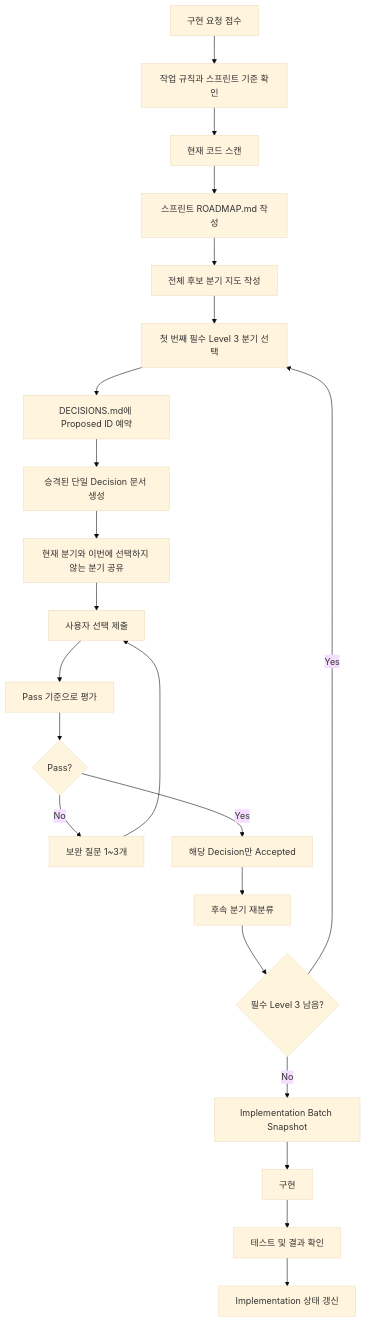
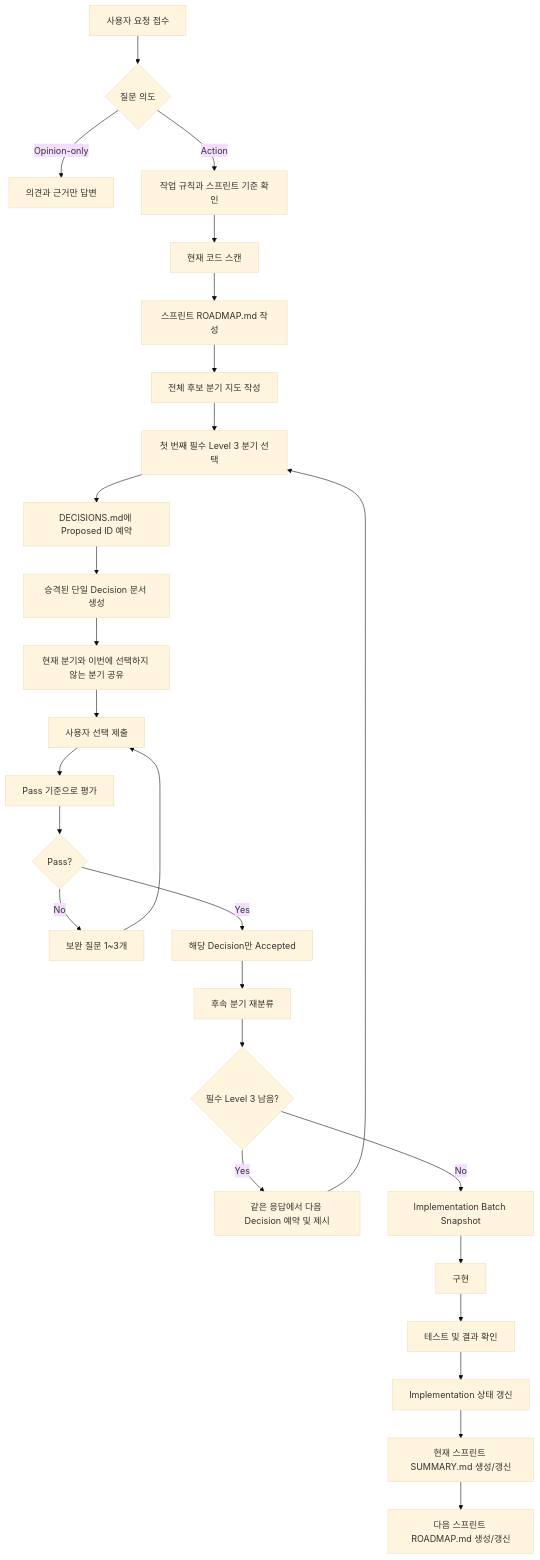
One commit to JUNGLE-TEAM1/W16_team_sprint changed the diagram in docs/decisions/decision-harness-flow.md. Above: the diagram before and after it, drawn with Mermaid (base theme). The commit also changed other lines of this file and 116 other files, not shown here.

````diff
--- a/docs/decisions/decision-harness-flow.md
+++ b/docs/decisions/decision-harness-flow.md
@@ -13,24 +75,29 @@
 ```mermaid
 flowchart TD
-    Start["구현 요청 접수"] --> ReadRules["작업 규칙과 스프린트 기준 확인"]
+    Start["사용자 요청 접수"] --> Intent{"질문 의도"}
+    Intent -->|Opinion-only| Opinion["의견과 근거만 답변"]
+    Intent -->|Action| ReadRules["작업 규칙과 스프린트 기준 확인"]
     ReadRules --> Scan["현재 코드 스캔"]
     Scan --> Roadmap["스프린트 ROADMAP.md 작성"]
     Roadmap --> Map["전체 후보 분기 지도 작성"]
     Map --> PickFirst["첫 번째 필수 Level 3 분기 선택"]
     PickFirst --> Reserve["DECISIONS.md에 Proposed ID 예약"]
     Reserve --> Learning["승격된 단일 Decision 문서 생성"]
     Learning --> Present["현재 분기와 이번에 선택하지 않는 분기 공유"]
     Present --> Choose["사용자 선택 제출"]
     Choose --> Evaluate["Pass 기준으로 평가"]
     Evaluate --> Pass{"Pass?"}
     Pass -->|No| Followup["보완 질문 1~3개"]
     Followup --> Choose
     Pass -->|Yes| Accept["해당 Decision만 Accepted"]
     Accept --> Reclassify["후속 분기 재분류"]
     Reclassify --> MoreL3{"필수 Level 3 남음?"}
-    MoreL3 -->|Yes| PickFirst
+    MoreL3 -->|Yes| NextDecision["같은 응답에서 다음 Decision 예약 및 제시"]
+    NextDecision --> PickFirst
     MoreL3 -->|No| Snapshot["Implementation Batch Snapshot"]
     Snapshot --> Implement["구현"]
     Implement --> Verify["테스트 및 결과 확인"]
     Verify --> Complete["Implementation 상태 갱신"]
+    Complete --> Summary["현재 스프린트 SUMMARY.md 생성/갱신"]
+    Summary --> NextRoadmap["다음 스프린트 ROADMAP.md 생성/갱신"]
 ```
````
